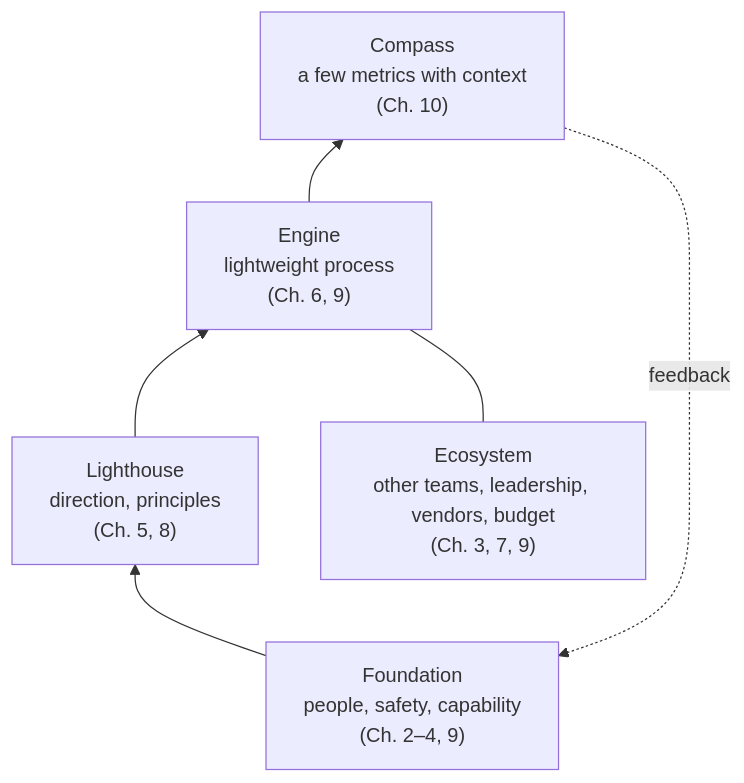
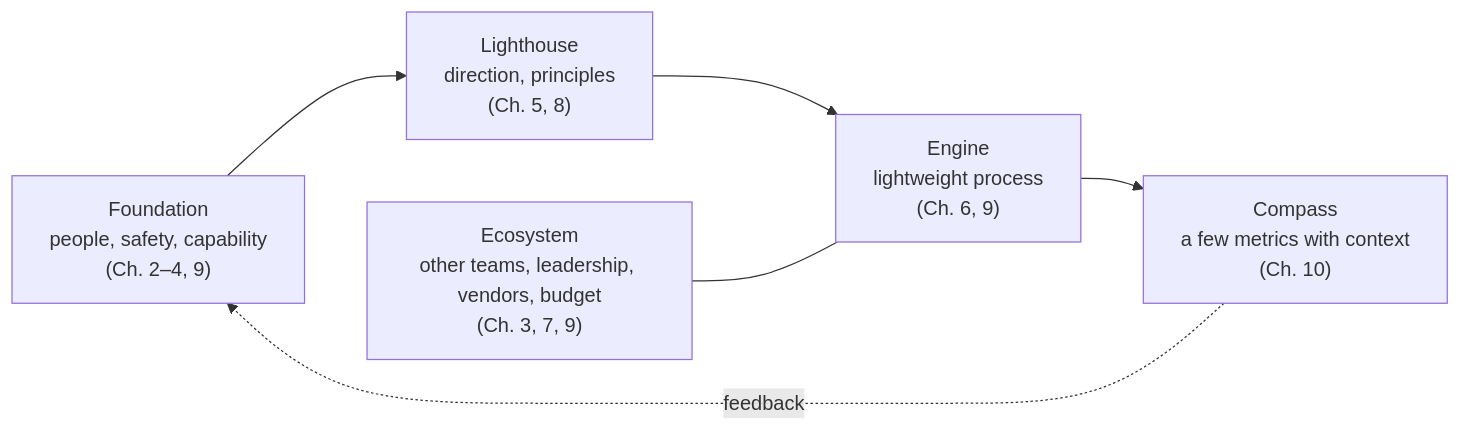
One commit to AlirezaHanifi/knowledge-vault changed the first of 2 diagrams in books/engineering-leadership-the-hard-parts/chapters/11-fitting-it-all-together.md. Above: the diagram before and after it, drawn with Mermaid. The commit also changed 26 other files, not shown here.

````diff
--- a/books/engineering-leadership-the-hard-parts/chapters/11-fitting-it-all-together.md
+++ b/books/engineering-leadership-the-hard-parts/chapters/11-fitting-it-all-together.md
@@ -53,8 +53,8 @@
 ```mermaid
-flowchart BT
+flowchart LR
   F["Foundation<br/>people, safety, capability<br/>(Ch. 2–4, 9)"] --> L["Lighthouse<br/>direction, principles<br/>(Ch. 5, 8)"]
   L --> E["Engine<br/>lightweight process<br/>(Ch. 6, 9)"]
   E --> C["Compass<br/>a few metrics with context<br/>(Ch. 10)"]
   C -. feedback .-> F
   X["Ecosystem<br/>other teams, leadership, vendors, budget<br/>(Ch. 3, 7, 9)"] --- E
 ```
````
